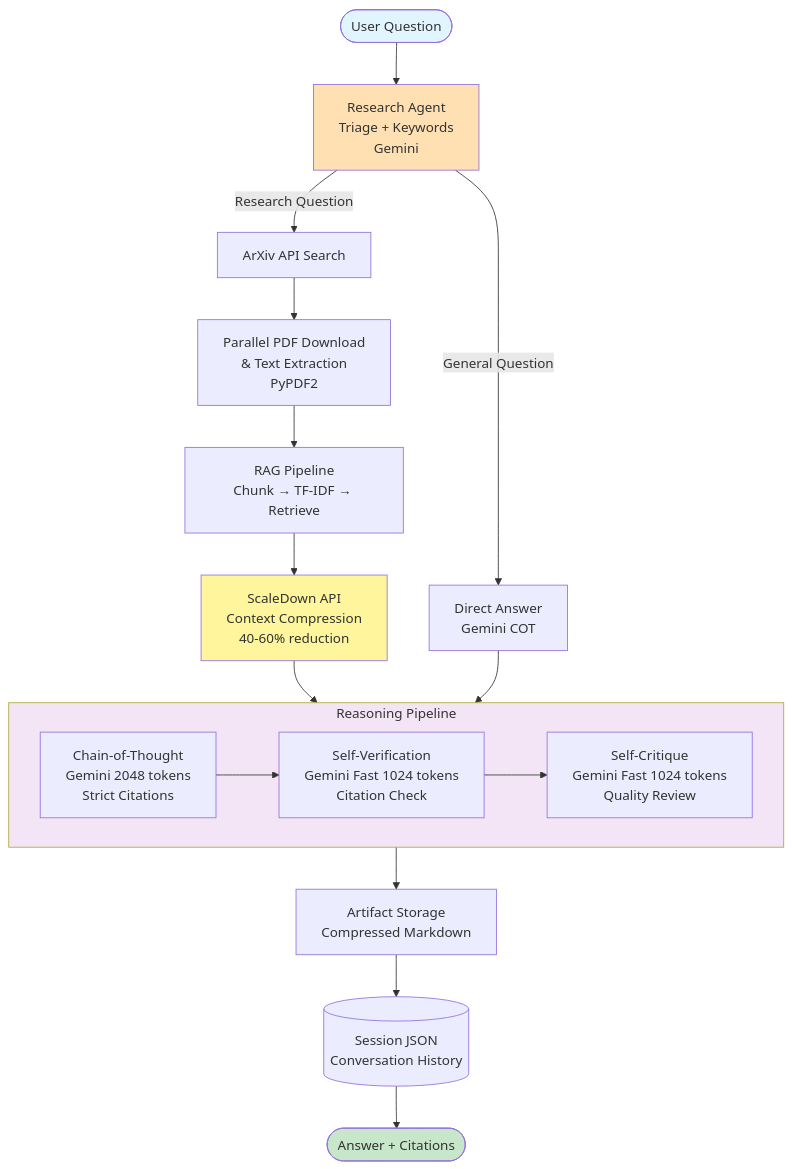
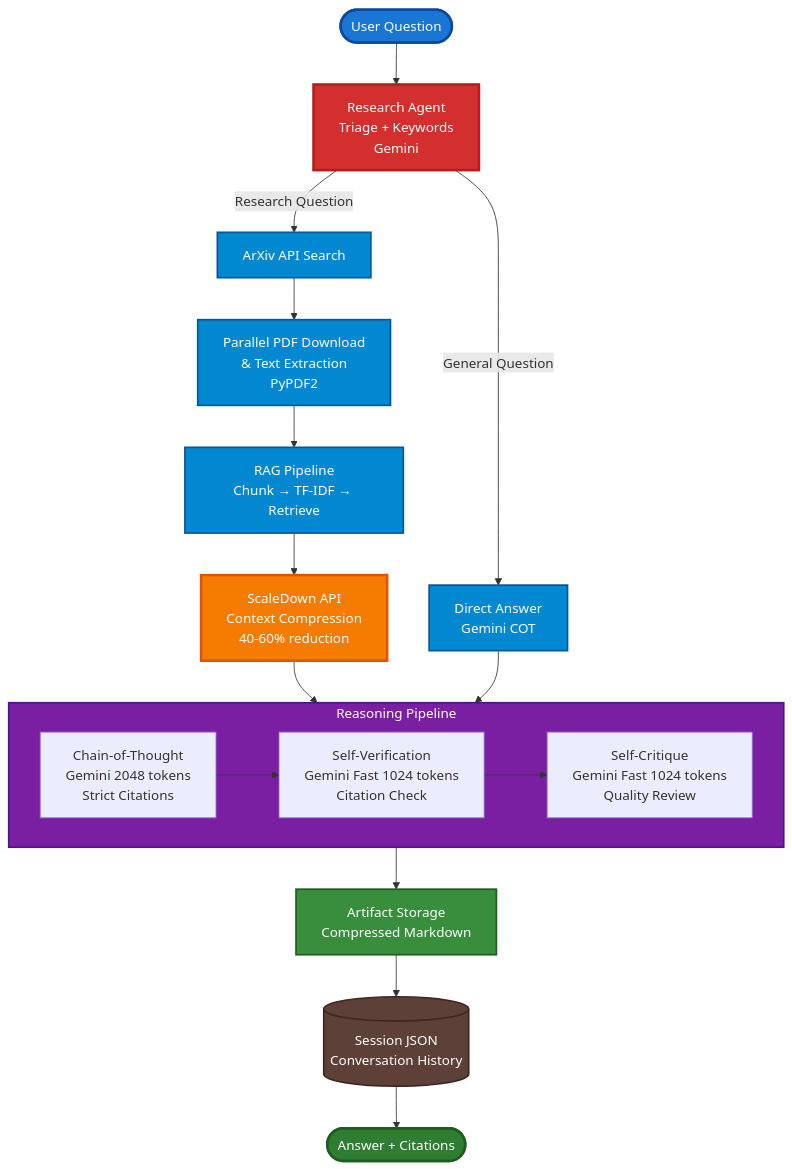
Before and after one commit to invaderinvalid/RAG: the first of 8 diagrams in README.md, drawn with Mermaid. The commit also changed other lines of this file, not shown here.

````diff
--- a/README.md
+++ b/README.md
@@ -26,35 +26,41 @@
 ```mermaid
 flowchart TD
     Start([User Question]) --> Triage[Research Agent<br/>Triage + Keywords<br/>Gemini]
     
     Triage -->|General Question| DirectAnswer[Direct Answer<br/>Gemini COT]
     Triage -->|Research Question| ArXiv[ArXiv API Search]
     
     ArXiv --> PDFs[Parallel PDF Download<br/>& Text Extraction<br/>PyPDF2]
     PDFs --> RAG[RAG Pipeline<br/>Chunk → TF-IDF → Retrieve]
     
     RAG --> Compress[ScaleDown API<br/>Context Compression<br/>40-60% reduction]
     
     Compress --> Workflow[Anti-Hallucination Workflow]
     DirectAnswer --> Workflow
     
     subgraph Workflow [Reasoning Pipeline]
         COT[Chain-of-Thought<br/>Gemini 2048 tokens<br/>Strict Citations]
         Verify[Self-Verification<br/>Gemini Fast 1024 tokens<br/>Citation Check]
         Critique[Self-Critique<br/>Gemini Fast 1024 tokens<br/>Quality Review]
         
         COT --> Verify
         Verify --> Critique
     end
     
     Workflow --> Store[Artifact Storage<br/>Compressed Markdown]
     Store --> Session[(Session JSON<br/>Conversation History)]
     
     Session --> Output([Answer + Citations])
     
-    style Start fill:#e1f5ff
-    style Output fill:#c8e6c9
-    style Compress fill:#fff59d
-    style Workflow fill:#f3e5f5
-    style Triage fill:#ffe0b2
+    style Start fill:#1976d2,stroke:#0d47a1,stroke-width:3px,color:#fff
+    style Output fill:#2e7d32,stroke:#1b5e20,stroke-width:3px,color:#fff
+    style Compress fill:#f57c00,stroke:#e65100,stroke-width:3px,color:#fff
+    style Workflow fill:#7b1fa2,stroke:#4a148c,stroke-width:2px,color:#fff
+    style Triage fill:#d32f2f,stroke:#b71c1c,stroke-width:3px,color:#fff
+    style DirectAnswer fill:#0288d1,stroke:#01579b,stroke-width:2px,color:#fff
+    style ArXiv fill:#0288d1,stroke:#01579b,stroke-width:2px,color:#fff
+    style PDFs fill:#0288d1,stroke:#01579b,stroke-width:2px,color:#fff
+    style RAG fill:#0288d1,stroke:#01579b,stroke-width:2px,color:#fff
+    style Store fill:#388e3c,stroke:#1b5e20,stroke-width:2px,color:#fff
+    style Session fill:#5d4037,stroke:#3e2723,stroke-width:2px,color:#fff
 ```
````
